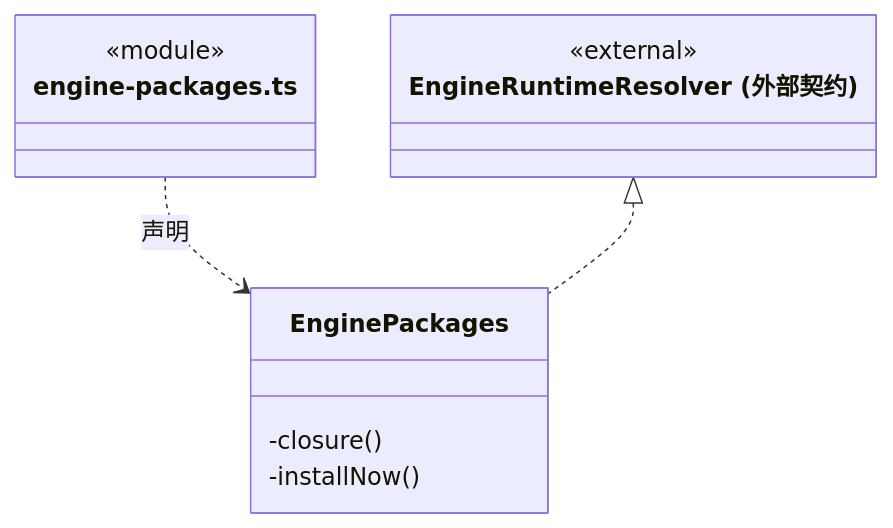
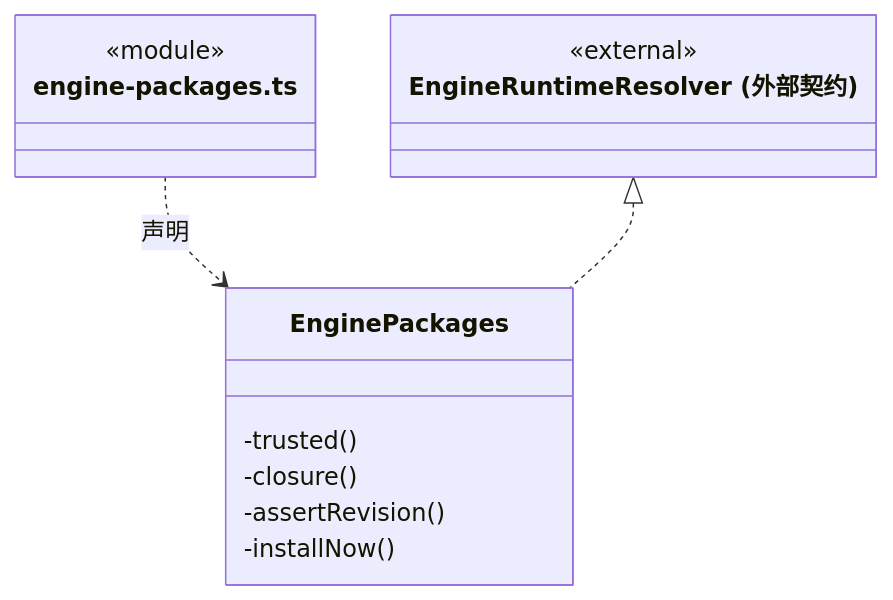
Before and after one commit to nan023062/cbim: the second of 4 diagrams in src/logic/engines/packages/ARCHITECTURE.md, drawn with Mermaid. The commit also changed other lines of this file and 27 other files, not shown here.

````diff
--- a/src/logic/engines/packages/ARCHITECTURE.md
+++ b/src/logic/engines/packages/ARCHITECTURE.md
@@ -71,15 +59,17 @@
 ```mermaid
 classDiagram
 class N_src_logic_engines_packages_engine_packages_ts["engine-packages.ts"] {
   <<module>>
 }
 class N_src_logic_engines_packages_engine_packages_ts_EnginePackages["EnginePackages"] {
+  -trusted()
   -closure()
+  -assertRevision()
   -installNow()
 }
 N_src_logic_engines_packages_engine_packages_ts ..> N_src_logic_engines_packages_engine_packages_ts_EnginePackages : 声明
 class N_src_logic_engines_packages_engine_packages_ts_external_EngineRuntimeResolver["EngineRuntimeResolver (外部契约)"] {
   <<external>>
 }
 N_src_logic_engines_packages_engine_packages_ts_external_EngineRuntimeResolver <|.. N_src_logic_engines_packages_engine_packages_ts_EnginePackages
 ```
````
